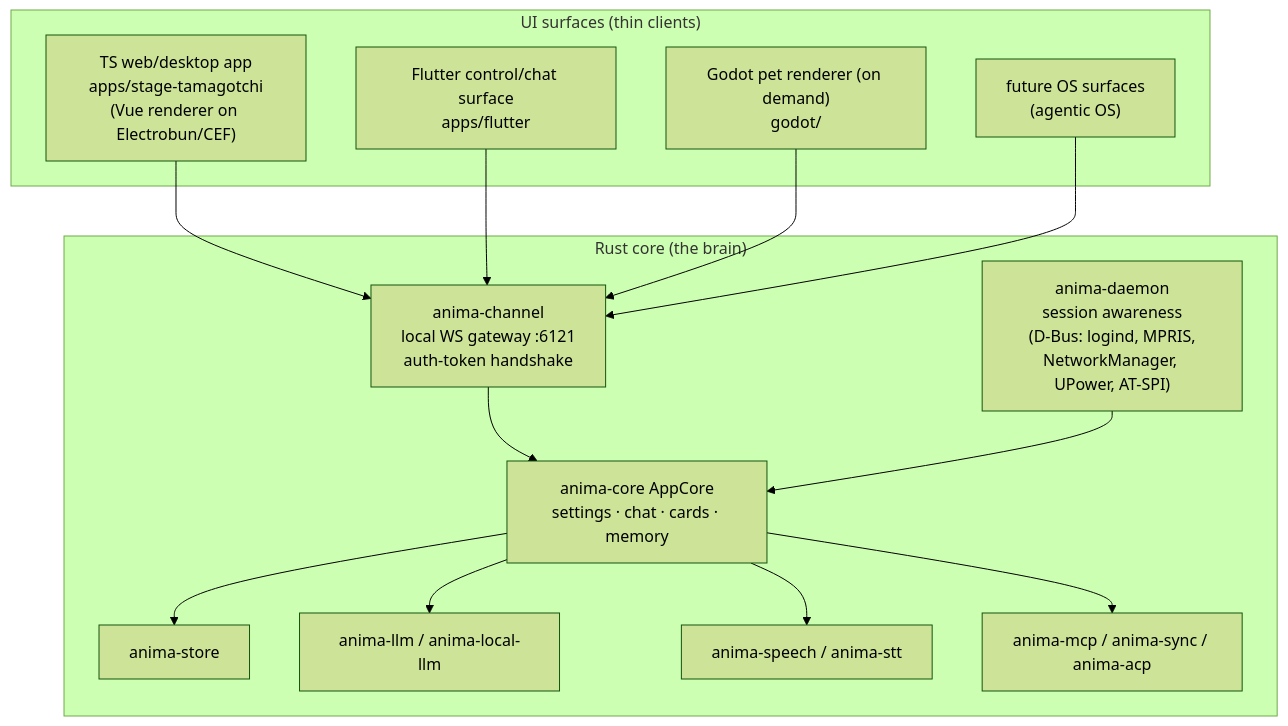
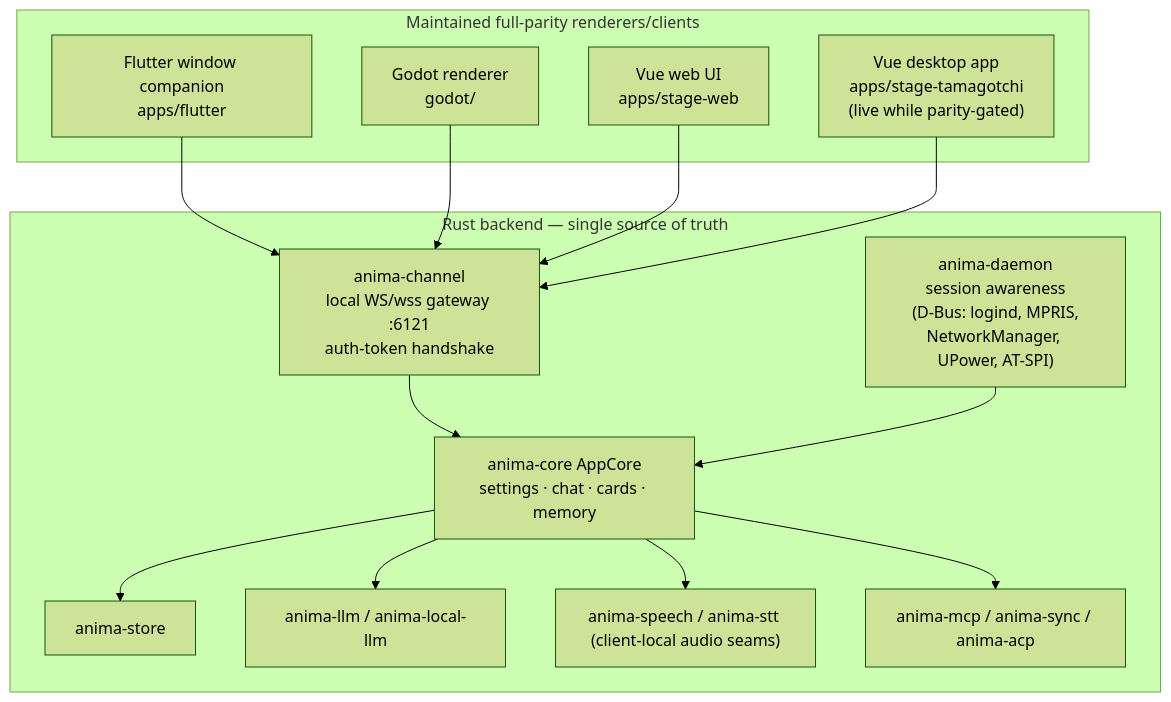
The diagram in docs/README.md (7n1m4/7n1m4), drawn with Mermaid (forest theme) before and after one commit. The commit also changed other lines of this file and 11 other files, not shown here.

````diff
--- a/docs/README.md
+++ b/docs/README.md
@@ -33,28 +21,28 @@
 ```mermaid
 graph TB
-  subgraph surfaces["UI surfaces (thin clients)"]
-    web["TS web/desktop app<br/>apps/stage-tamagotchi<br/>(Vue renderer on Electrobun/CEF)"]
-    flutter["Flutter control/chat surface<br/>apps/flutter"]
-    godot["Godot pet renderer (on demand)<br/>godot/"]
-    future["future OS surfaces<br/>(agentic OS)"]
+  subgraph surfaces["Maintained full-parity renderers/clients"]
+    flutter["Flutter window companion<br/>apps/flutter"]
+    godot["Godot renderer<br/>godot/"]
+    vue["Vue web UI<br/>apps/stage-web"]
+    desktop["Vue desktop app<br/>apps/stage-tamagotchi<br/>(live while parity-gated)"]
   end
-  subgraph core["Rust core (the brain)"]
-    gw["anima-channel<br/>local WS gateway :6121<br/>auth-token handshake"]
+  subgraph core["Rust backend — single source of truth"]
+    gw["anima-channel<br/>local WS/wss gateway :6121<br/>auth-token handshake"]
     ac["anima-core AppCore<br/>settings · chat · cards · memory"]
     st["anima-store"]
     llm["anima-llm / anima-local-llm"]
-    sp["anima-speech / anima-stt"]
+    speech["anima-speech / anima-stt (client-local audio seams)"]
     mcp["anima-mcp / anima-sync / anima-acp"]
     daemon["anima-daemon<br/>session awareness<br/>(D-Bus: logind, MPRIS,<br/>NetworkManager, UPower, AT-SPI)"]
   end
-  web --> gw
   flutter --> gw
   godot --> gw
-  future --> gw
+  vue --> gw
+  desktop --> gw
   gw --> ac
   ac --> st
   ac --> llm
-  ac --> sp
+  ac --> speech
   ac --> mcp
   daemon --> ac
 ```
````
